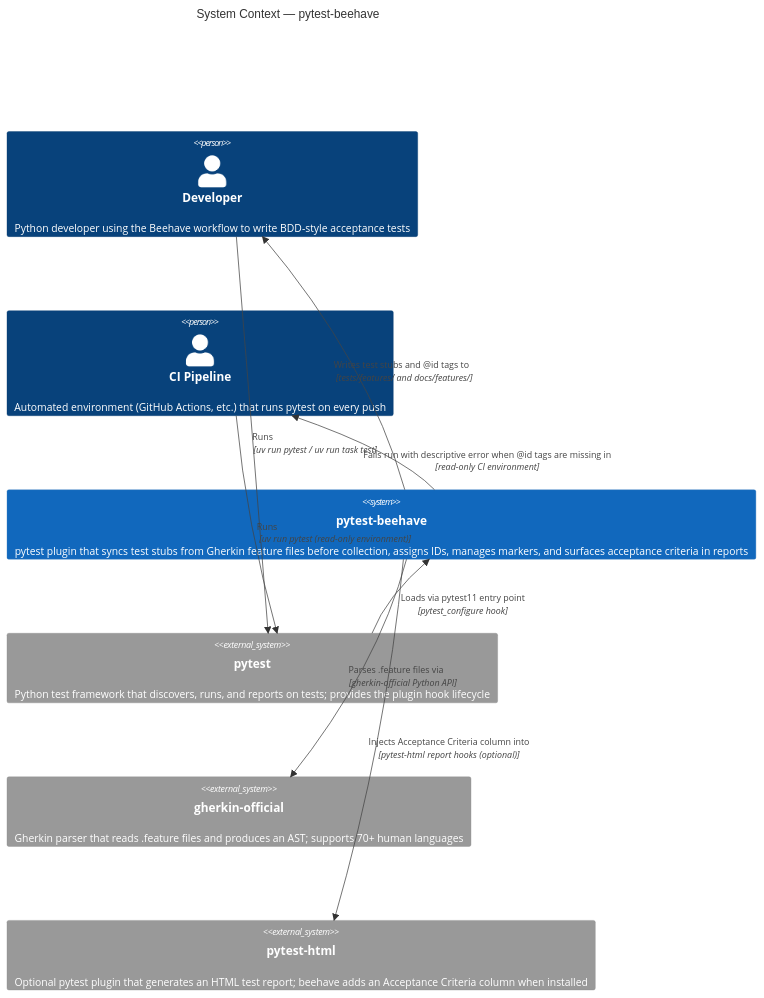
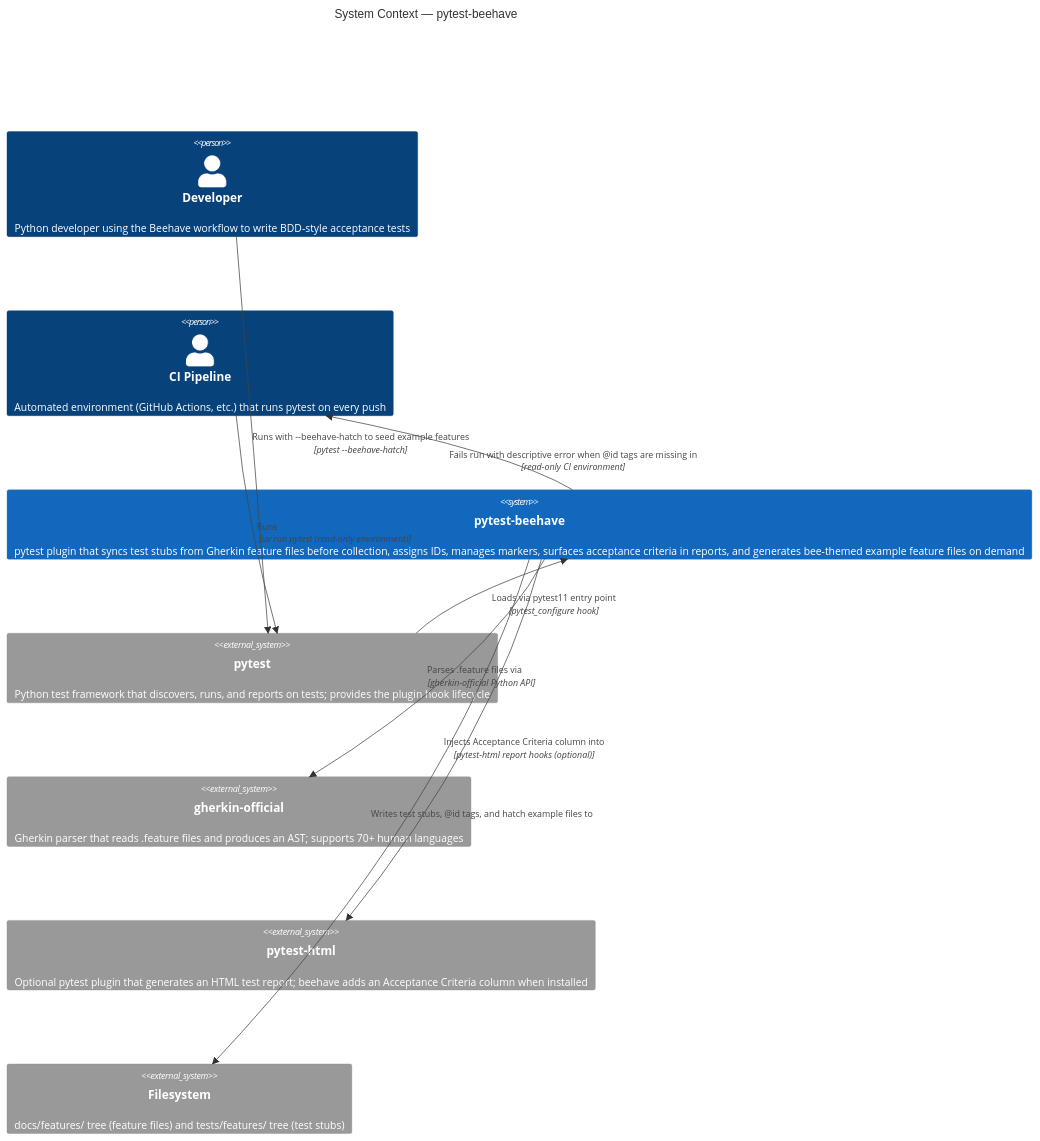
One commit to nullhack/pytest-beehave changed the diagram in docs/c4/context.md. Above: the diagram before and after it, drawn with Mermaid. The commit also changed other lines of this file and 54 other files, not shown here.

````diff
--- a/docs/c4/context.md
+++ b/docs/c4/context.md
@@ -3,21 +6,23 @@
 ```mermaid
 C4Context
     title System Context — pytest-beehave
 
     Person(developer, "Developer", "Python developer using the Beehave workflow to write BDD-style acceptance tests")
     Person(ci, "CI Pipeline", "Automated environment (GitHub Actions, etc.) that runs pytest on every push")
 
-    System(beehave, "pytest-beehave", "pytest plugin that syncs test stubs from Gherkin feature files before collection, assigns IDs, manages markers, and surfaces acceptance criteria in reports")
+    System(beehave, "pytest-beehave", "pytest plugin that syncs test stubs from Gherkin feature files before collection, assigns IDs, manages markers, surfaces acceptance criteria in reports, and generates bee-themed example feature files on demand")
 
     System_Ext(pytest, "pytest", "Python test framework that discovers, runs, and reports on tests; provides the plugin hook lifecycle")
     System_Ext(gherkin, "gherkin-official", "Gherkin parser that reads .feature files and produces an AST; supports 70+ human languages")
     System_Ext(pytest_html, "pytest-html", "Optional pytest plugin that generates an HTML test report; beehave adds an Acceptance Criteria column when installed")
+    System_Ext(fs, "Filesystem", "docs/features/ tree (feature files) and tests/features/ tree (test stubs)")
 
     Rel(developer, pytest, "Runs", "uv run pytest / uv run task test")
+    Rel(developer, pytest, "Runs with --beehave-hatch to seed example features", "pytest --beehave-hatch")
     Rel(ci, pytest, "Runs", "uv run pytest (read-only environment)")
     Rel(pytest, beehave, "Loads via pytest11 entry point", "pytest_configure hook")
     Rel(beehave, gherkin, "Parses .feature files via", "gherkin-official Python API")
     Rel(beehave, pytest_html, "Injects Acceptance Criteria column into", "pytest-html report hooks (optional)")
-    Rel(beehave, developer, "Writes test stubs and @id tags to", "tests/features/ and docs/features/")
+    Rel(beehave, fs, "Writes test stubs, @id tags, and hatch example files to")
     Rel(beehave, ci, "Fails run with descriptive error when @id tags are missing in", "read-only CI environment")
 ```
````
